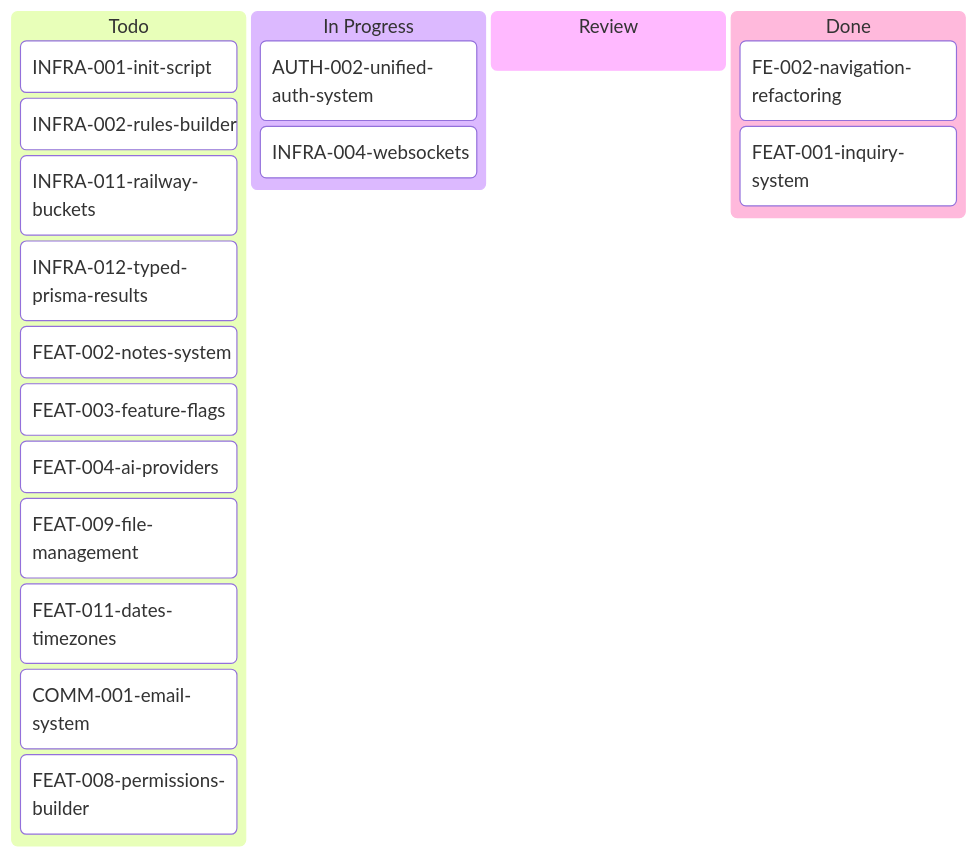
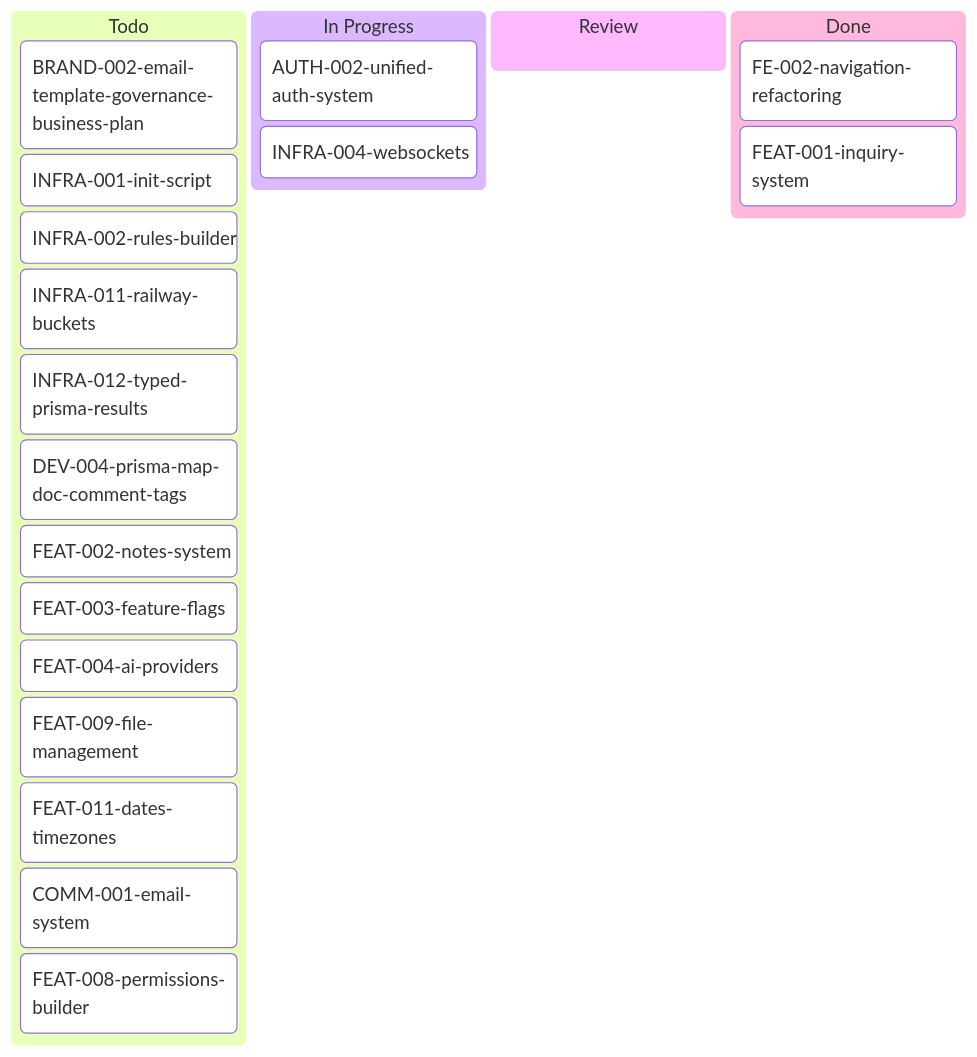
The diagram in tickets/kanban-aron.md (inixiative/template), drawn with Mermaid before and after one commit. The commit also changed other lines of this file and 2 other files, not shown here.

First line of the commit message:
Add BRAND-002: business plan for email template governance product (#49)

````diff
--- a/tickets/kanban-aron.md
+++ b/tickets/kanban-aron.md
@@ -3,27 +3,29 @@
 ```mermaid
 ---
 config:
   kanban:
     ticketBaseUrl: 'https://github.com/yourorg/template/blob/main/tickets/#TICKET#'
 ---
 kanban
   Todo
+    BRAND-002-email-template-governance-business-plan
     INFRA-001-init-script
     INFRA-002-rules-builder
     INFRA-011-railway-buckets
     INFRA-012-typed-prisma-results
+    DEV-004-prisma-map-doc-comment-tags
     FEAT-002-notes-system
     FEAT-003-feature-flags
     FEAT-004-ai-providers
     FEAT-009-file-management
     FEAT-011-dates-timezones
     COMM-001-email-system
     FEAT-008-permissions-builder
   In Progress
     AUTH-002-unified-auth-system
     INFRA-004-websockets
   Review
   Done
     FE-002-navigation-refactoring
     FEAT-001-inquiry-system
 ```
````
